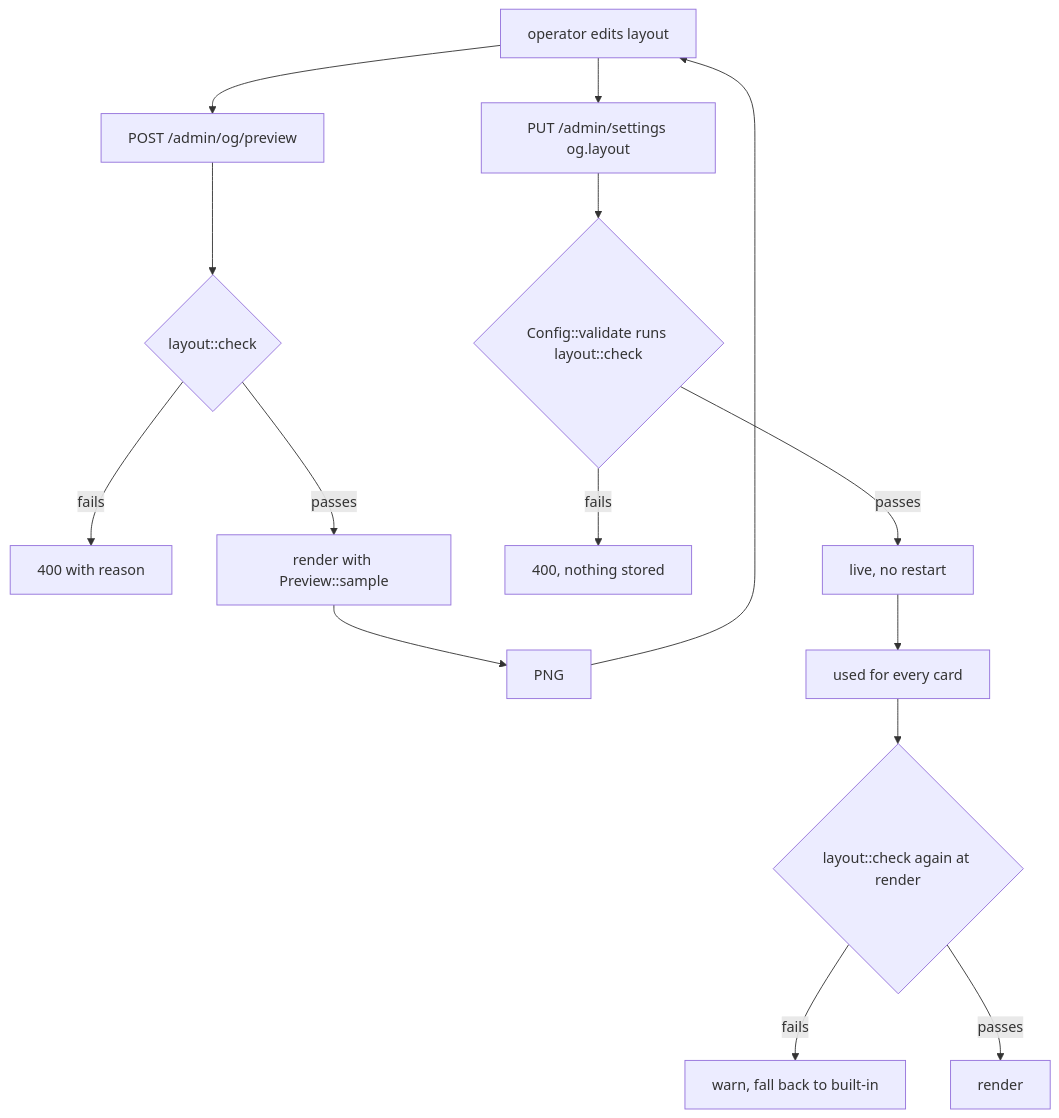
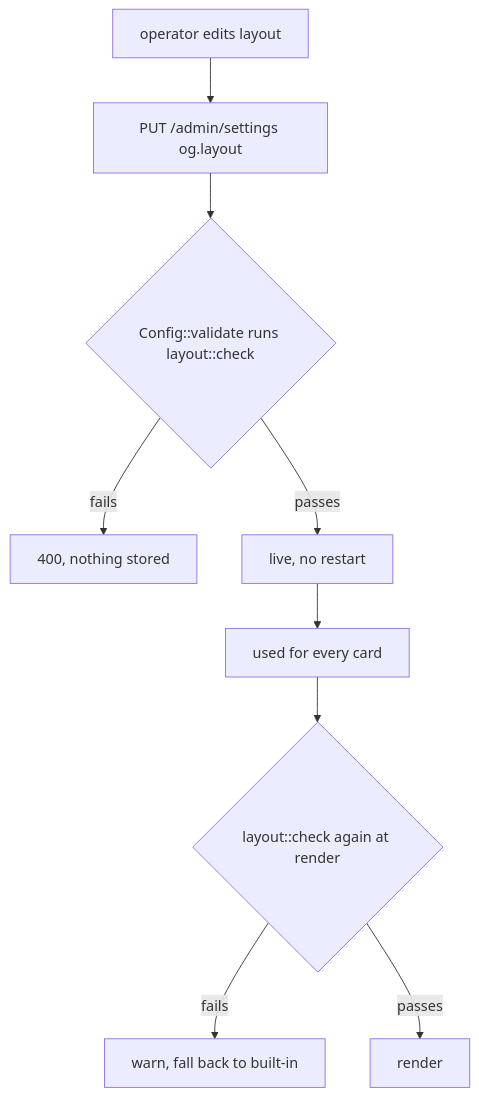
Before and after one commit to Limatura/tessera: the second of 2 diagrams in docs/link-previews.md, drawn with Mermaid. The commit also changed other lines of this file and 7 other files, not shown here.

````diff
--- a/docs/link-previews.md
+++ b/docs/link-previews.md
@@ -67,17 +66,11 @@
 ```mermaid
 flowchart TD
-    A[operator edits layout] --> B[POST /admin/og/preview]
-    B --> C{layout::check}
-    C -->|fails| D[400 with reason]
-    C -->|passes| E[render with Preview::sample]
-    E --> F[PNG]
-    F --> A
-    A --> G[PUT /admin/settings og.layout]
+    A[operator edits layout] --> G[PUT /admin/settings og.layout]
     G --> H{Config::validate runs layout::check}
     H -->|fails| I[400, nothing stored]
     H -->|passes| J[live, no restart]
     J --> K[used for every card]
     K --> L{layout::check again at render}
     L -->|fails| M[warn, fall back to built-in]
     L -->|passes| N[render]
 ```
````
